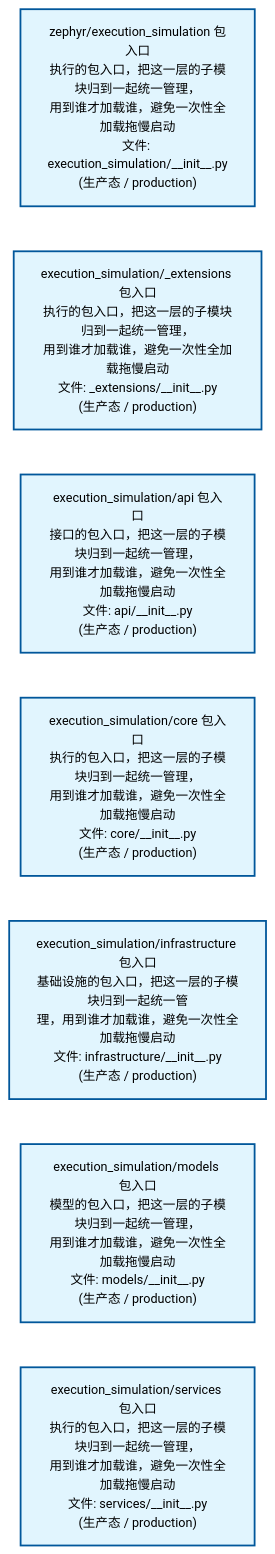
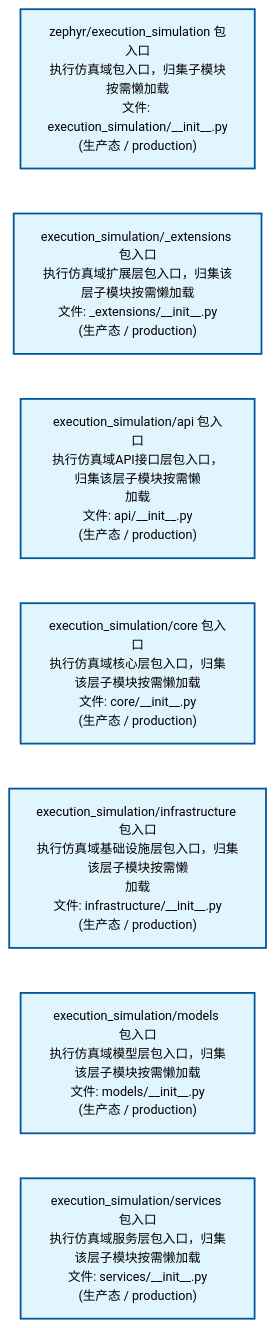
Before and after one commit to xuanFelixVan/ZephyrAlpha: the second of 2 diagrams in docs/02_enterprise_architecture/02_domain_architecture_docs/43_d_exec_sim.md, drawn with Mermaid. The commit also changed other lines of this file and 63 other files, not shown here.

````diff
--- a/docs/02_enterprise_architecture/02_domain_architecture_docs/43_d_exec_sim.md
+++ b/docs/02_enterprise_architecture/02_domain_architecture_docs/43_d_exec_sim.md
@@ -80,22 +80,22 @@
 ```mermaid
 %%{init: {'theme': 'base', 'themeVariables': {'primaryColor': '#eaeaea', 'primaryTextColor': '#333333', 'primaryBorderColor': '#666666', 'lineColor': '#666666', 'secondaryColor': '#eaeaea', 'tertiaryColor': '#eaeaea', 'fontSize': '14px'}}}%%
 flowchart TD
-    src_zephyr_execution_simulation_init_py["zephyr/execution_simulation 包入口<br/>执行的包入口，把这一层的子模块归到一起统一管理，<br/>用到谁才加载谁，避免一次性全加载拖慢启动<br/>文件: execution_simulation/__init__.py<br/>(生产态 / production)"]
-    src_zephyr_execution_simulation_extensions_init_py["execution_simulation/_extensions 包入口<br/>执行的包入口，把这一层的子模块归到一起统一管理，<br/>用到谁才加载谁，避免一次性全加载拖慢启动<br/>文件: _extensions/__init__.py<br/>(生产态 / production)"]
-    src_zephyr_execution_simulation_api_init_py["execution_simulation/api 包入口<br/>接口的包入口，把这一层的子模块归到一起统一管理，<br/>用到谁才加载谁，避免一次性全加载拖慢启动<br/>文件: api/__init__.py<br/>(生产态 / production)"]
-    src_zephyr_execution_simulation_core_init_py["execution_simulation/core 包入口<br/>执行的包入口，把这一层的子模块归到一起统一管理，<br/>用到谁才加载谁，避免一次性全加载拖慢启动<br/>文件: core/__init__.py<br/>(生产态 / production)"]
-    src_zephyr_execution_simulation_infrastructure_init_py["execution_simulation/infrastructure 包入口<br/>基础设施的包入口，把这一层的子模块归到一起统一管<br/>理，用到谁才加载谁，避免一次性全加载拖慢启动<br/>文件: infrastructure/__init__.py<br/>(生产态 / production)"]
-    src_zephyr_execution_simulation_models_init_py["execution_simulation/models 包入口<br/>模型的包入口，把这一层的子模块归到一起统一管理，<br/>用到谁才加载谁，避免一次性全加载拖慢启动<br/>文件: models/__init__.py<br/>(生产态 / production)"]
-    src_zephyr_execution_simulation_services_init_py["execution_simulation/services 包入口<br/>执行的包入口，把这一层的子模块归到一起统一管理，<br/>用到谁才加载谁，避免一次性全加载拖慢启动<br/>文件: services/__init__.py<br/>(生产态 / production)"]
+    src_zephyr_execution_simulation_init_py["zephyr/execution_simulation 包入口<br/>执行仿真域包入口，归集子模块按需懒加载<br/>文件: execution_simulation/__init__.py<br/>(生产态 / production)"]
+    src_zephyr_execution_simulation_extensions_init_py["execution_simulation/_extensions 包入口<br/>执行仿真域扩展层包入口，归集该层子模块按需懒加载<br/>文件: _extensions/__init__.py<br/>(生产态 / production)"]
+    src_zephyr_execution_simulation_api_init_py["execution_simulation/api 包入口<br/>执行仿真域API接口层包入口，归集该层子模块按需懒<br/>加载<br/>文件: api/__init__.py<br/>(生产态 / production)"]
+    src_zephyr_execution_simulation_core_init_py["execution_simulation/core 包入口<br/>执行仿真域核心层包入口，归集该层子模块按需懒加载<br/>文件: core/__init__.py<br/>(生产态 / production)"]
+    src_zephyr_execution_simulation_infrastructure_init_py["execution_simulation/infrastructure 包入口<br/>执行仿真域基础设施层包入口，归集该层子模块按需懒<br/>加载<br/>文件: infrastructure/__init__.py<br/>(生产态 / production)"]
+    src_zephyr_execution_simulation_models_init_py["execution_simulation/models 包入口<br/>执行仿真域模型层包入口，归集该层子模块按需懒加载<br/>文件: models/__init__.py<br/>(生产态 / production)"]
+    src_zephyr_execution_simulation_services_init_py["execution_simulation/services 包入口<br/>执行仿真域服务层包入口，归集该层子模块按需懒加载<br/>文件: services/__init__.py<br/>(生产态 / production)"]
     src_zephyr_execution_simulation_init_py ~~~ src_zephyr_execution_simulation_extensions_init_py
     src_zephyr_execution_simulation_extensions_init_py ~~~ src_zephyr_execution_simulation_api_init_py
     src_zephyr_execution_simulation_api_init_py ~~~ src_zephyr_execution_simulation_core_init_py
     src_zephyr_execution_simulation_core_init_py ~~~ src_zephyr_execution_simulation_infrastructure_init_py
     src_zephyr_execution_simulation_infrastructure_init_py ~~~ src_zephyr_execution_simulation_models_init_py
     src_zephyr_execution_simulation_models_init_py ~~~ src_zephyr_execution_simulation_services_init_py
     classDef production fill:#e1f5fe,stroke:#01579b,stroke-width:2px,color:#000
     classDef design fill:#fff3e0,stroke:#e65100,stroke-width:2px,color:#000,stroke-dasharray: 5 5
     classDef external_prod fill:#e8f4fd,stroke:#0277bd,stroke-width:1px,color:#000
     classDef external_design fill:#fff8e7,stroke:#ef6c00,stroke-width:1px,color:#000,stroke-dasharray: 5 5
     class src_zephyr_execution_simulation_init_py,src_zephyr_execution_simulation_extensions_init_py,src_zephyr_execution_simulation_api_init_py,src_zephyr_execution_simulation_core_init_py,src_zephyr_execution_simulation_infrastructure_init_py,src_zephyr_execution_simulation_models_init_py,src_zephyr_execution_simulation_services_init_py production
 ```
````
